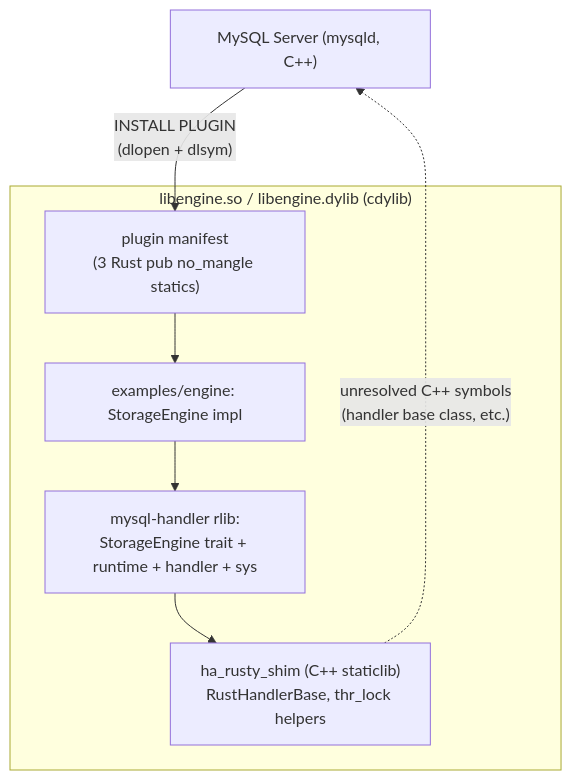
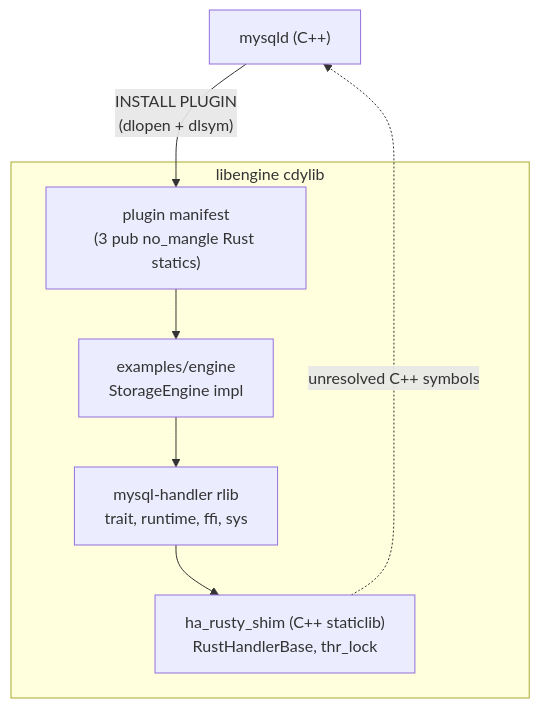
One commit to ren-yamanashi/rusty_mysql_handler changed the diagram in docs/architecture.md. Above: the diagram before and after it, drawn with Mermaid. The commit also changed other lines of this file and 3 other files, not shown here.

````diff
--- a/docs/architecture.md
+++ b/docs/architecture.md
@@ -9,13 +5,13 @@
 ```mermaid
 graph TD
-  A["MySQL Server (mysqld, C++)"]
-  subgraph cdylib["libengine.so / libengine.dylib (cdylib)"]
-    B["plugin manifest<br/>(3 Rust pub no_mangle statics)"]
-    C["examples/engine: StorageEngine impl"]
-    D["mysql-handler rlib:<br/>StorageEngine trait + runtime + handler + sys"]
-    E["ha_rusty_shim (C++ staticlib)<br/>RustHandlerBase, thr_lock helpers"]
-    B --> C --> D --> E
+  Server["mysqld (C++)"]
+  subgraph cdylib["libengine cdylib"]
+    Manifest["plugin manifest<br/>(3 pub no_mangle Rust statics)"]
+    Engine["examples/engine<br/>StorageEngine impl"]
+    Rlib["mysql-handler rlib<br/>trait, runtime, ffi, sys"]
+    Shim["ha_rusty_shim (C++ staticlib)<br/>RustHandlerBase, thr_lock"]
   end
-  A -->|"INSTALL PLUGIN<br/>(dlopen + dlsym)"| B
-  E -. "unresolved C++ symbols<br/>(handler base class, etc.)" .-> A
+  Server -->|"INSTALL PLUGIN<br/>(dlopen + dlsym)"| Manifest
+  Manifest --> Engine --> Rlib --> Shim
+  Shim -. "unresolved C++ symbols" .-> Server
 ```
````
